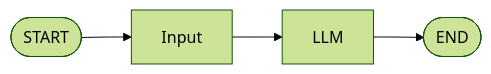
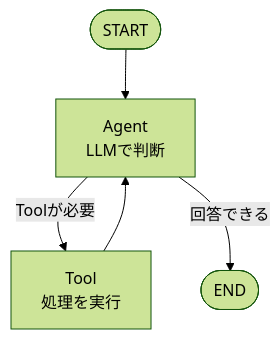
The ninth of 14 diagrams in docs/07_langgraph.md (ykubota-dev/ai-agent-tutorial), drawn with Mermaid (forest theme) before and after one commit. The commit also changed other lines of this file and 1 other file, not shown here.

````diff
--- a/docs/07_langgraph.md
+++ b/docs/07_langgraph.md
@@ -304,11 +746,18 @@
 ```mermaid
-flowchart LR
+flowchart TD
     START(["START"])
-    INPUT["Input"]
-    LLM["LLM"]
+
+    AGENT["Agent<br>LLMで判断"]
+
+    TOOL["Tool<br>処理を実行"]
+
     END(["END"])
 
-    START --> INPUT
-    INPUT --> LLM
-    LLM --> END
+    START --> AGENT
+
+    AGENT -->|"Toolが必要"| TOOL
+
+    TOOL --> AGENT
+
+    AGENT -->|"回答できる"| END
 ```
````
